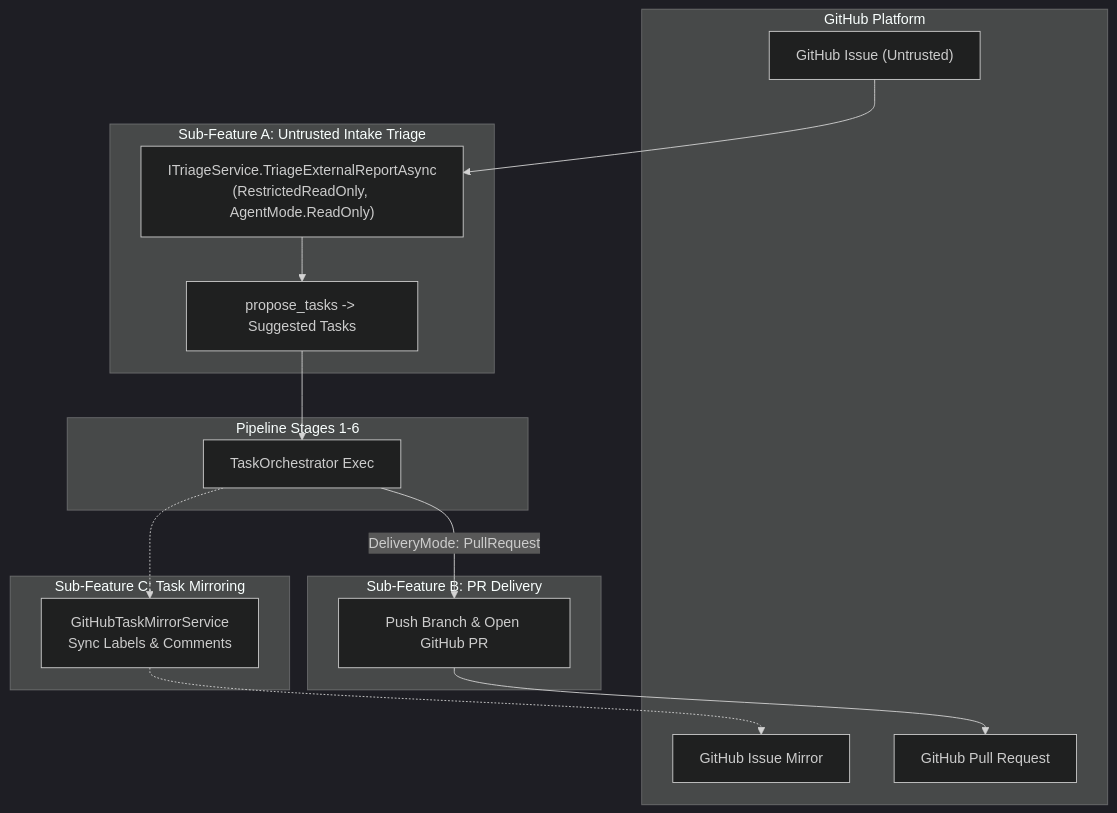
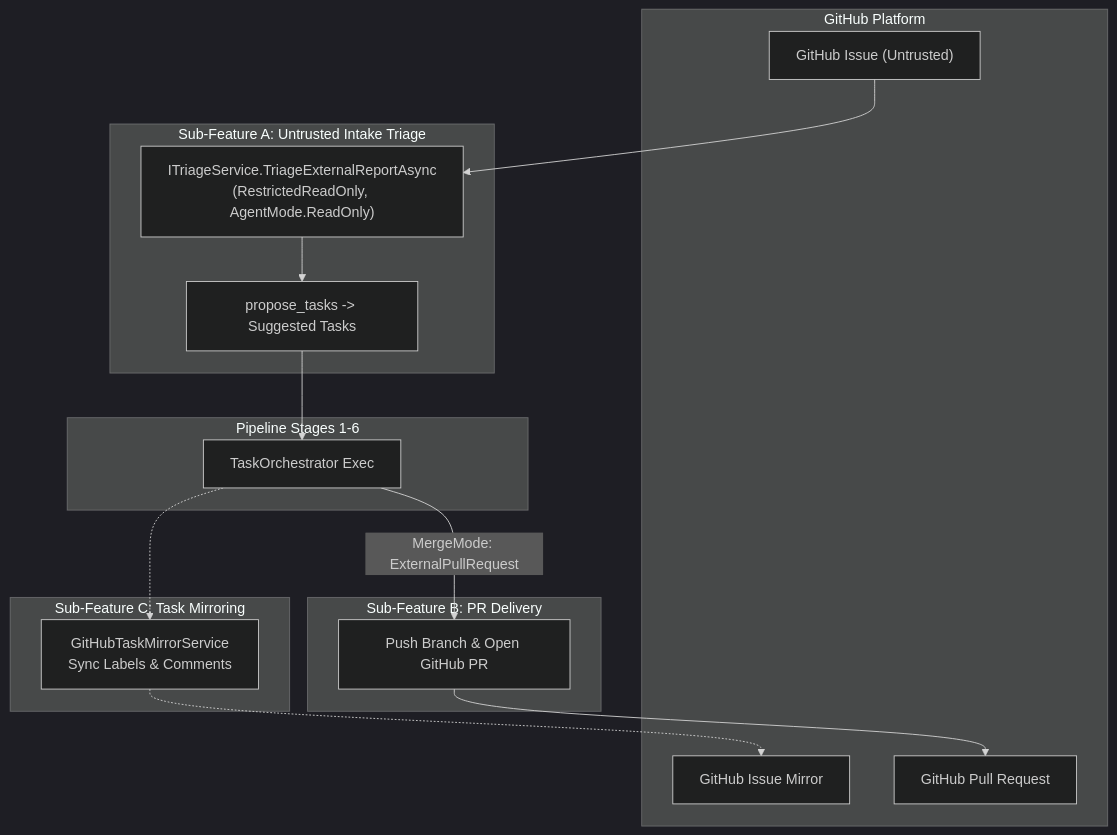
The third of 7 diagrams in docs/plan/10_EXTEND_FEATURES.md (jetelain/NightCodeForge), drawn with Mermaid (dark theme) before and after one commit. The commit also changed other lines of this file and 5 other files, not shown here.

````diff
--- a/docs/plan/10_EXTEND_FEATURES.md
+++ b/docs/plan/10_EXTEND_FEATURES.md
@@ -92,29 +94,29 @@
 ```mermaid
 flowchart TD
     subgraph GitHub ["GitHub Platform"]
         GH_Issue["GitHub Issue (Untrusted)"]
         GH_Mirror["GitHub Issue Mirror"]
         GH_PR["GitHub Pull Request"]
     end
 
     subgraph IntakeTriage ["Sub-Feature A: Untrusted Intake Triage"]
         TriageService["ITriageService.TriageExternalReportAsync<br/>(RestrictedReadOnly, AgentMode.ReadOnly)"]
         Proposals["propose_tasks -> Suggested Tasks"]
     end
 
     subgraph Pipeline ["Pipeline Stages 1-6"]
         Exec["TaskOrchestrator Exec"]
     end
 
     subgraph Mirror ["Sub-Feature C: Task Mirroring"]
         MirrorService["GitHubTaskMirrorService<br/>Sync Labels & Comments"]
     end
 
     subgraph Delivery ["Sub-Feature B: PR Delivery"]
         PushPR["Push Branch & Open GitHub PR"]
     end
 
     GH_Issue --> TriageService --> Proposals --> Exec
     Exec -.-> MirrorService -.-> GH_Mirror
-    Exec -->|DeliveryMode: PullRequest| PushPR --> GH_PR
+    Exec -->|MergeMode: ExternalPullRequest| PushPR --> GH_PR
 ```
````
